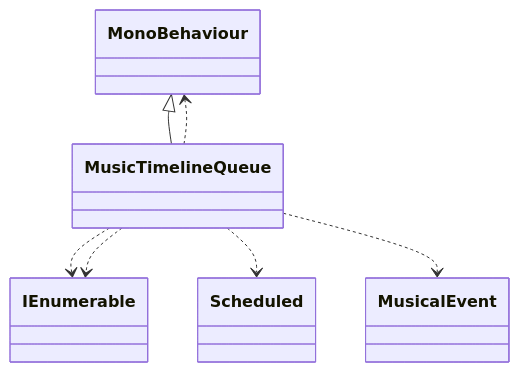
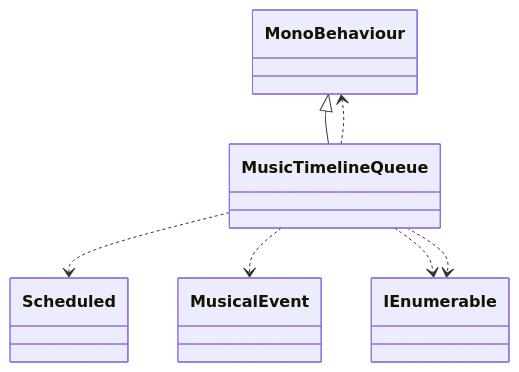
Diagram 11 of 39 in test/test.md (schnock-art/project_inspector), drawn with Mermaid before and after one commit. The commit also changed other lines of this file and 1 other file, not shown here.

Commit message:
Removed empty mermaid

````diff
--- a/test/test.md
+++ b/test/test.md
@@ -301,9 +301,9 @@
 ```mermaid
 classDiagram
 MonoBehaviour <|-- MusicTimelineQueue
+MusicTimelineQueue ..> Scheduled
+MusicTimelineQueue ..> MusicalEvent
 MusicTimelineQueue ..> IEnumerable
 MusicTimelineQueue ..> IEnumerable
-MusicTimelineQueue ..> Scheduled
 MusicTimelineQueue ..> MonoBehaviour
-MusicTimelineQueue ..> MusicalEvent
 ```
````
